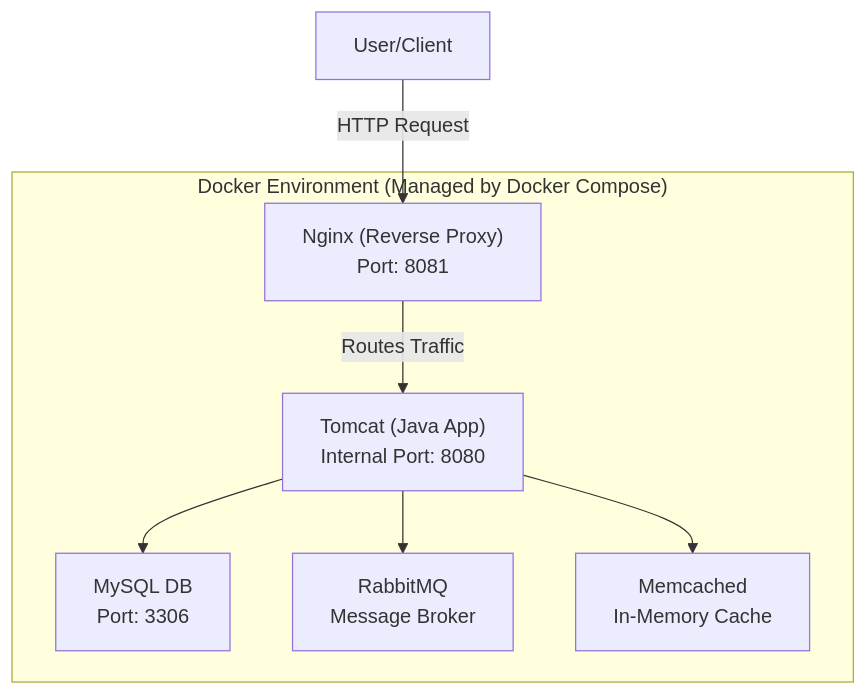
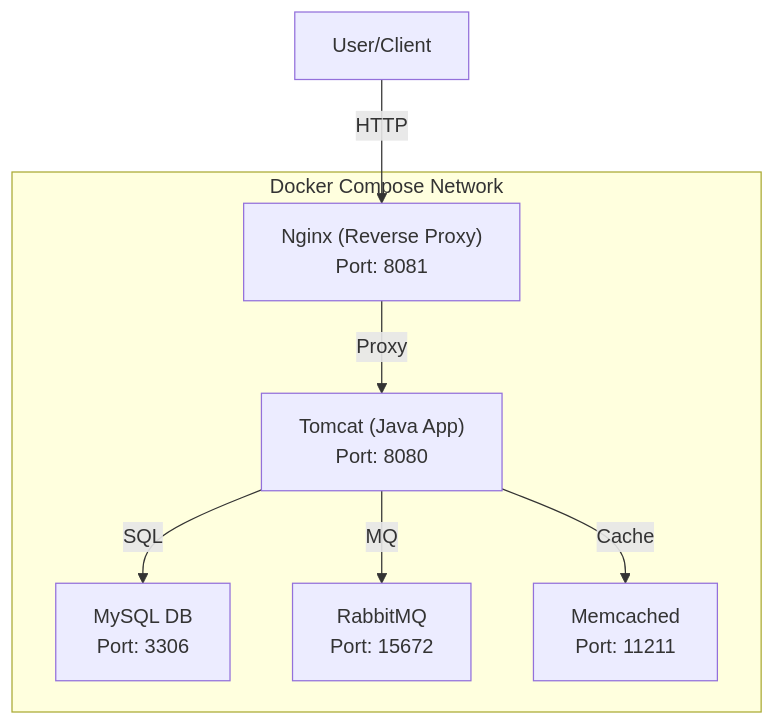
Before and after one commit to senopaul/Docker-Compose-Multiservice-App: the diagram in README.md, drawn with Mermaid. The commit also changed other lines of this file, not shown here.

Commit message:
Improved read of the multi-service web app stack

````diff
--- a/README.md
+++ b/README.md
@@ -40,18 +46,16 @@
 ```mermaid
 graph TD
     User["User/Client"]
-    
-    subgraph "Docker Environment (Managed by Docker Compose)"
+    subgraph "Docker Compose Network"
         Nginx["Nginx (Reverse Proxy)<br>Port: 8081"]
-        Tomcat["Tomcat (Java App)<br>Internal Port: 8080"]
+        Tomcat["Tomcat (Java App)<br>Port: 8080"]
         MySQL["MySQL DB<br>Port: 3306"]
-        RabbitMQ["RabbitMQ<br>Message Broker"]
-        Memcached["Memcached<br>In-Memory Cache"]
+        RabbitMQ["RabbitMQ<br>Port: 15672"]
+        Memcached["Memcached<br>Port: 11211"]
     end
-
-    User -- HTTP Request --> Nginx
-    Nginx -- Routes Traffic --> Tomcat
-    Tomcat --> MySQL
-    Tomcat --> RabbitMQ
-    Tomcat --> Memcached
+    User -- HTTP --> Nginx
+    Nginx -- Proxy --> Tomcat
+    Tomcat -- SQL --> MySQL
+    Tomcat -- MQ --> RabbitMQ
+    Tomcat -- Cache --> Memcached
 ```
````
